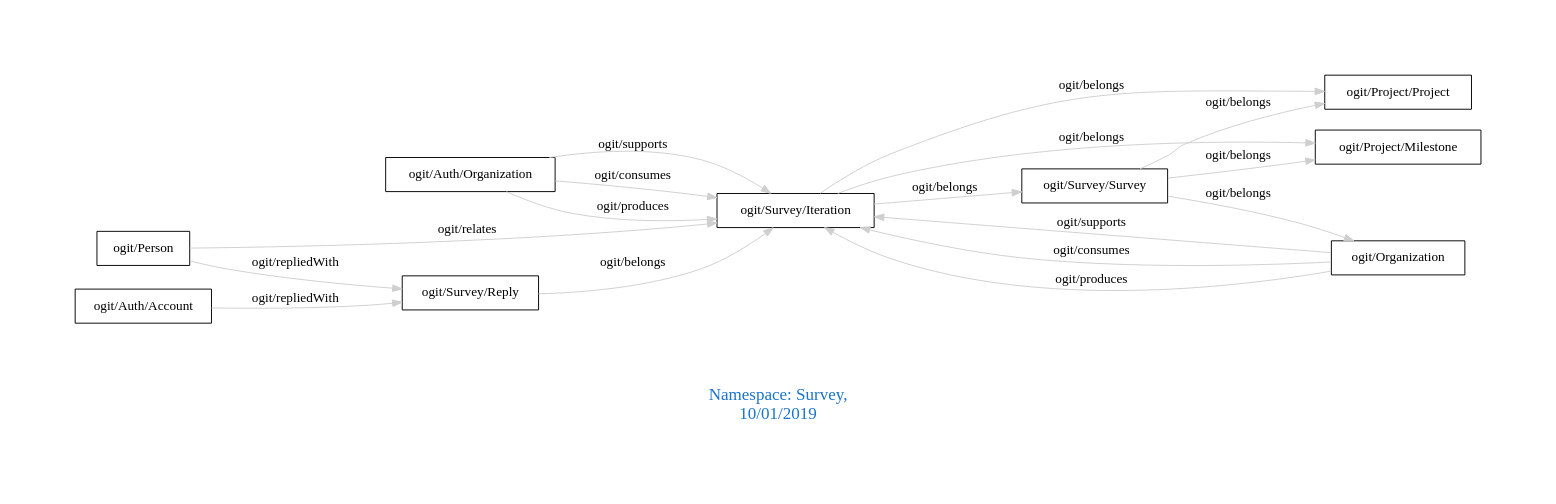
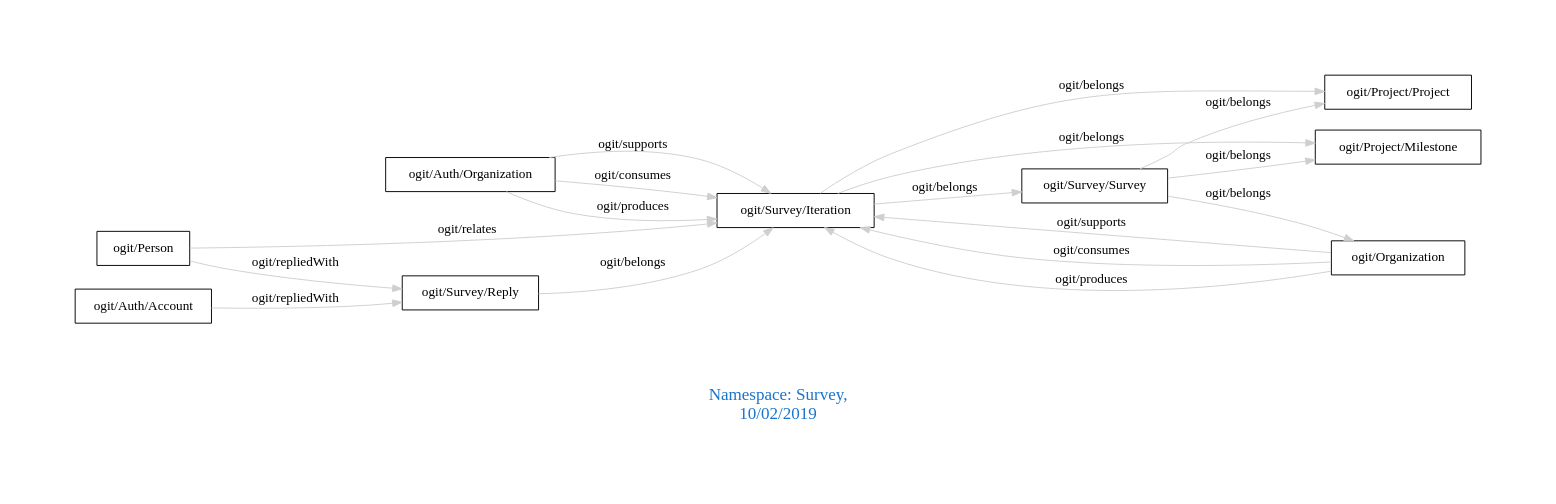
Before and after one commit to arago/OGIT: the diagram in downloads/Survey.dot, drawn with Graphviz. The commit also changed 151 other files, not shown here.

```diff
--- a/downloads/Survey.dot
+++ b/downloads/Survey.dot
@@ -1,24 +1,24 @@
 digraph OGIT_ontology {
  graph [ rankdir= LR,pad=1 
 fontsize = 18,
-fontcolor= dodgerblue3,label = "\n\n\nNamespace: Survey, \n 10/01/2019"];
+fontcolor= dodgerblue3,label = "\n\n\nNamespace: Survey, \n 10/02/2019"];
 node[shape=polygon];
 edge [  color="gray81"];
 
    "ogit/Auth/Organization" -> "ogit/Survey/Iteration" [label="   ogit/supports    "];
    "ogit/Organization" -> "ogit/Survey/Iteration" [label="   ogit/supports    "];
    "ogit/Auth/Organization" -> "ogit/Survey/Iteration" [label="   ogit/consumes    "];
    "ogit/Organization" -> "ogit/Survey/Iteration" [label="   ogit/consumes    "];
    "ogit/Auth/Organization" -> "ogit/Survey/Iteration" [label="   ogit/produces    "];
    "ogit/Organization" -> "ogit/Survey/Iteration" [label="   ogit/produces    "];
    "ogit/Survey/Iteration" -> "ogit/Project/Milestone" [label="   ogit/belongs    "];
    "ogit/Survey/Iteration" -> "ogit/Project/Project" [label="   ogit/belongs    "];
    "ogit/Survey/Iteration" -> "ogit/Survey/Survey" [label="   ogit/belongs    "];
    "ogit/Survey/Reply" -> "ogit/Survey/Iteration" [label="   ogit/belongs    "];
    "ogit/Survey/Survey" -> "ogit/Organization" [label="   ogit/belongs    "];
    "ogit/Survey/Survey" -> "ogit/Project/Milestone" [label="   ogit/belongs    "];
    "ogit/Survey/Survey" -> "ogit/Project/Project" [label="   ogit/belongs    "];
    "ogit/Auth/Account" -> "ogit/Survey/Reply" [label="   ogit/repliedWith    "];
    "ogit/Person" -> "ogit/Survey/Reply" [label="   ogit/repliedWith    "];
    "ogit/Person" -> "ogit/Survey/Iteration" [label="   ogit/relates    "];
 }
```
